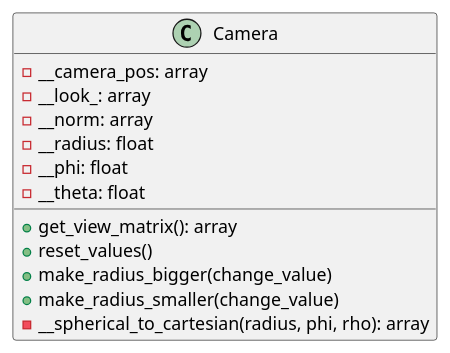
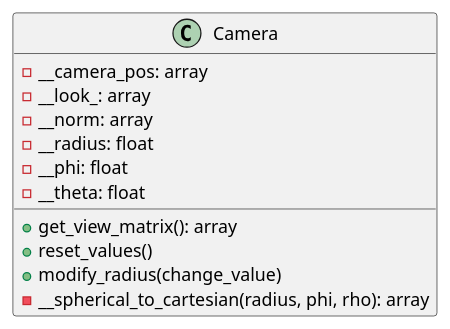
The diagram in docs/classes/camera.puml (ferpoble2/Relief_Creator), drawn with PlantUML before and after one commit. The commit also changed 6 other files, not shown here.

```diff
--- a/docs/classes/camera.puml
+++ b/docs/classes/camera.puml
@@ -1,18 +1,17 @@
 @startuml
 
 class Camera{
         - __camera_pos: array
         - __look_: array
         - __norm: array
         - __radius: float
         - __phi: float
         - __theta: float
 
         + get_view_matrix(): array
         + reset_values()
-        + make_radius_bigger(change_value)
-        + make_radius_smaller(change_value)
+        + modify_radius(change_value)
         - __spherical_to_cartesian(radius, phi, rho): array
 }
 
 @enduml
```
